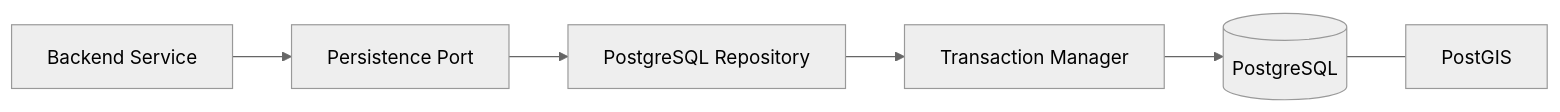
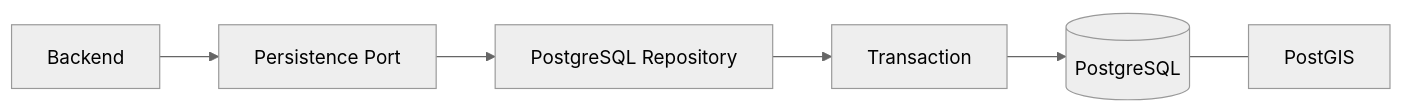
The second of 3 diagrams in docs/contexts/layers/database.md (Danh20100/moibile_app), drawn with Mermaid (neutral theme) before and after one commit. The commit also changed other lines of this file and 9 other files, not shown here.

````diff
--- a/docs/contexts/layers/database.md
+++ b/docs/contexts/layers/database.md
@@ -30,8 +26,8 @@
 ```mermaid
 flowchart LR
-    BE[Backend Service] --> PORT[Persistence Port]
-    PORT --> REPO[PostgreSQL Repository]
-    REPO --> TX[Transaction Manager]
-    TX --> PG[(PostgreSQL)]
-    PG --- GIS[PostGIS]
+    BE["Backend"] --> PORT["Persistence Port"]
+    PORT --> REPO["PostgreSQL Repository"]
+    REPO --> TX["Transaction"]
+    TX --> PG[("PostgreSQL")]
+    PG --- GIS["PostGIS"]
 ```
````
